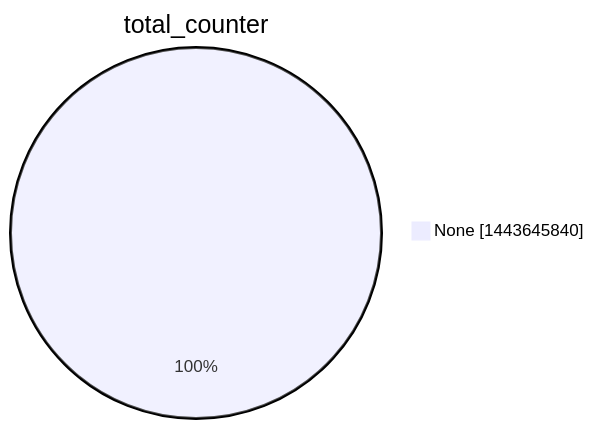
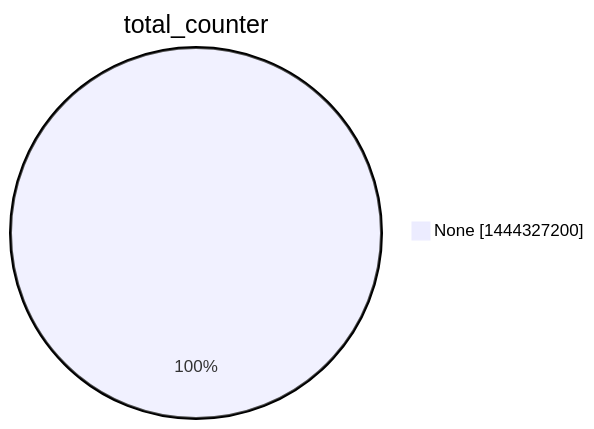
Before and after one commit to christiankrug/ctmonitor_visualization: the second of 15 diagrams in argon2022/README.md, drawn with Mermaid. The commit also changed other lines of this file, not shown here.

````diff
--- a/argon2022/README.md
+++ b/argon2022/README.md
@@ -9,5 +9,5 @@
 ```mermaid
 pie showData
 title total_counter
-"None" :1443645840
+"None" :1444327200
 ```
````
